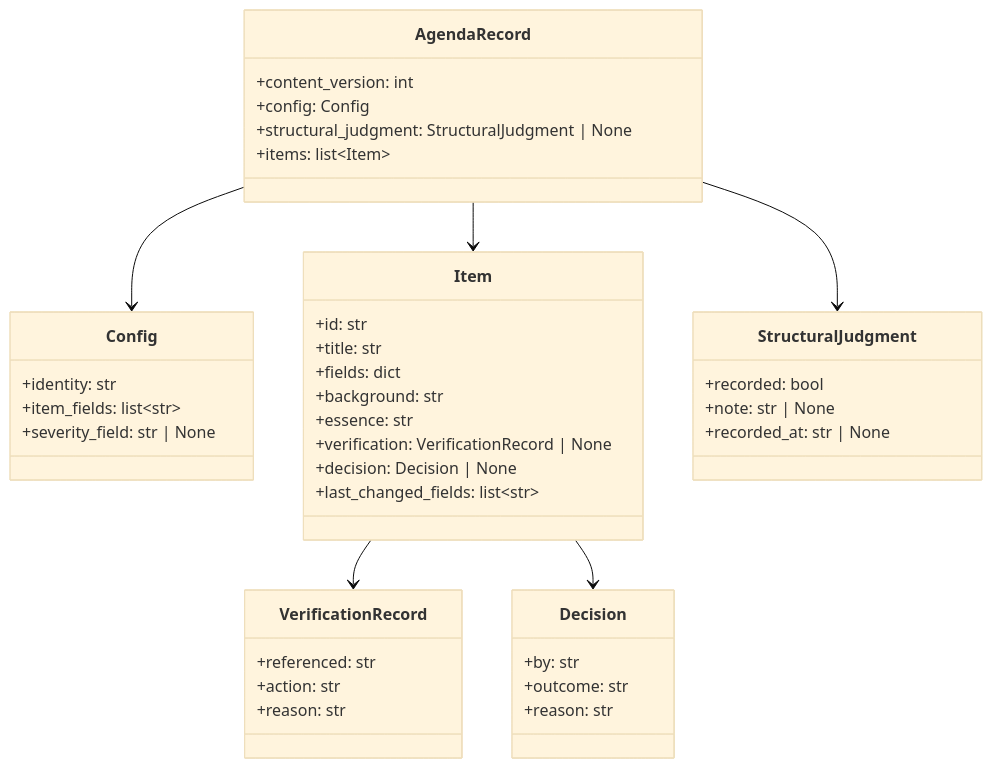
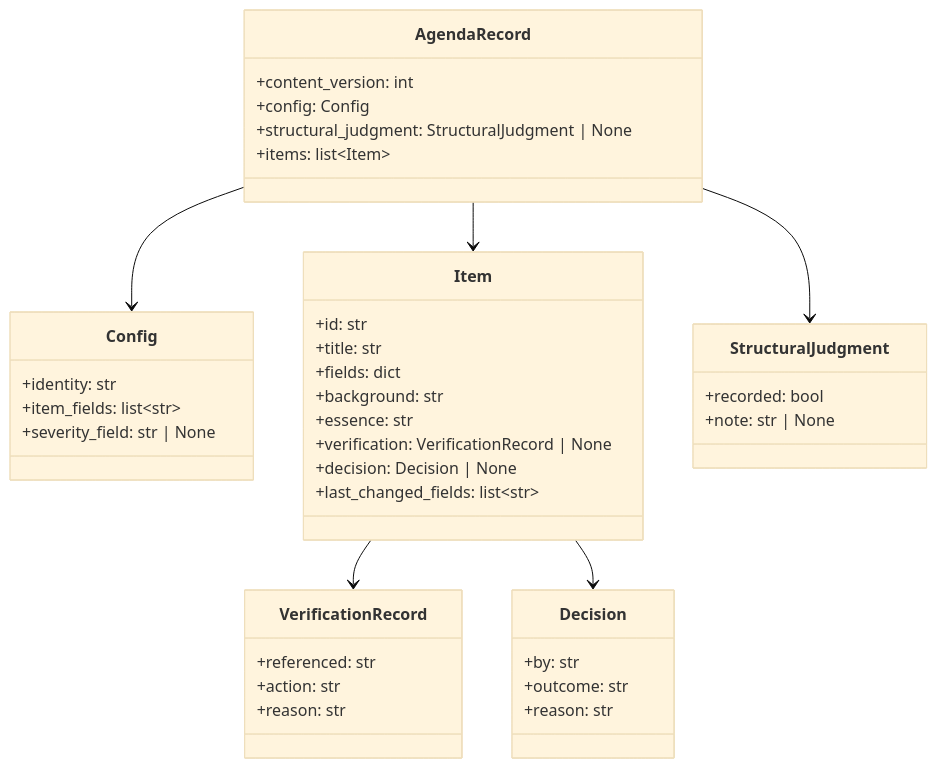
The second of 3 diagrams in docs/specs/consult/agenda/design/DES-075_agenda_mechanism_design.md (BlueEventHorizon/bw-cc-plugins), drawn with Mermaid (base theme) before and after one commit. The commit also changed other lines of this file and 3 other files, not shown here.

````diff
--- a/docs/specs/consult/agenda/design/DES-075_agenda_mechanism_design.md
+++ b/docs/specs/consult/agenda/design/DES-075_agenda_mechanism_design.md
@@ -71,44 +71,43 @@
 ```mermaid
 classDiagram
     class AgendaRecord {
         +content_version: int
         +config: Config
         +structural_judgment: StructuralJudgment | None
         +items: list~Item~
     }
     class Config {
         +identity: str
         +item_fields: list~str~
         +severity_field: str | None
     }
     class Item {
         +id: str
         +title: str
         +fields: dict
         +background: str
         +essence: str
         +verification: VerificationRecord | None
         +decision: Decision | None
         +last_changed_fields: list~str~
     }
     class VerificationRecord {
         +referenced: str
         +action: str
         +reason: str
     }
     class Decision {
         +by: str
         +outcome: str
         +reason: str
     }
     class StructuralJudgment {
         +recorded: bool
         +note: str | None
-        +recorded_at: str | None
     }
     AgendaRecord --> Config
     AgendaRecord --> Item
     AgendaRecord --> StructuralJudgment
     Item --> VerificationRecord
     Item --> Decision
 ```
````
